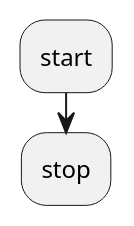
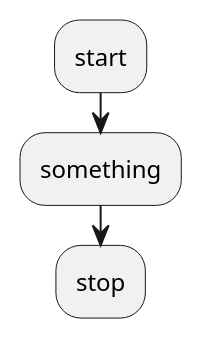
The diagram in other-diagram.puml (paskahlisanjas/diagram-as-code), drawn with PlantUML before and after one commit.

```diff
--- a/other-diagram.puml
+++ b/other-diagram.puml
@@ -1,6 +1,7 @@
 @startuml other-diagram
 
 :start;
+:something;
 :stop;
 
 @enduml
```
